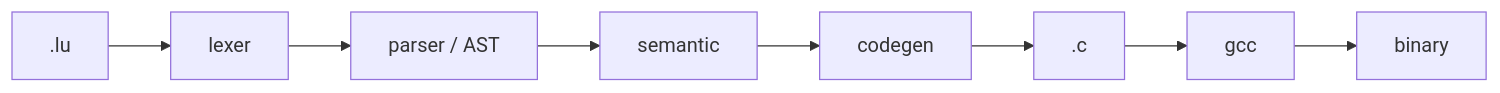
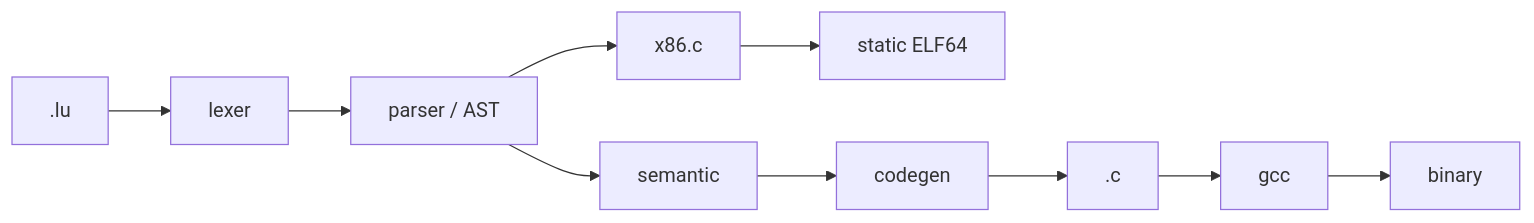
The diagram in GUIDE.md (FarhatFIN/lu-language), drawn with Mermaid before and after one commit. The commit also changed other lines of this file and 19 other files, not shown here.

````diff
--- a/GUIDE.md
+++ b/GUIDE.md
@@ -1348,10 +1521,12 @@
 ```mermaid
 flowchart LR
     A[".lu"] --> B["lexer"]
     B --> C["parser / AST"]
+    C --> N["x86.c"]
+    N --> E["static ELF64"]
     C --> D["semantic"]
-    D --> E["codegen"]
-    E --> F[".c"]
-    F --> G["gcc"]
-    G --> H["binary"]
+    D --> G["codegen"]
+    G --> F[".c"]
+    F --> H["gcc"]
+    H --> I["binary"]
 ```
````
